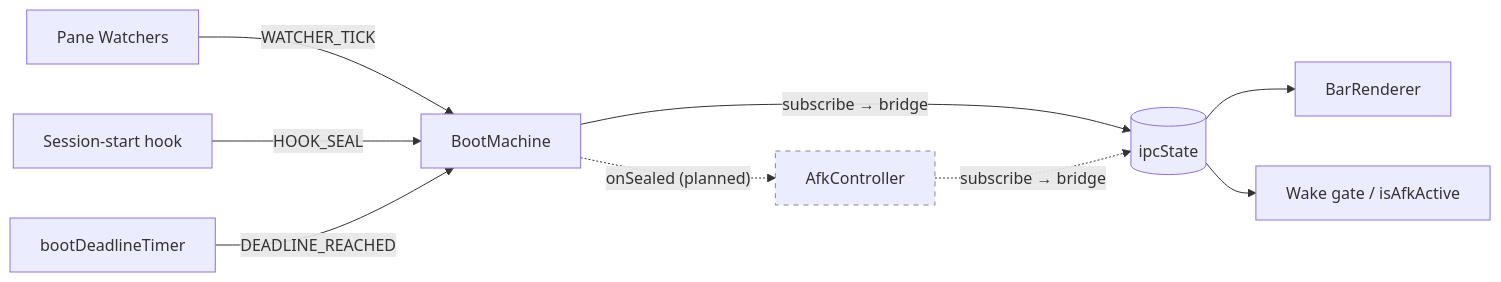
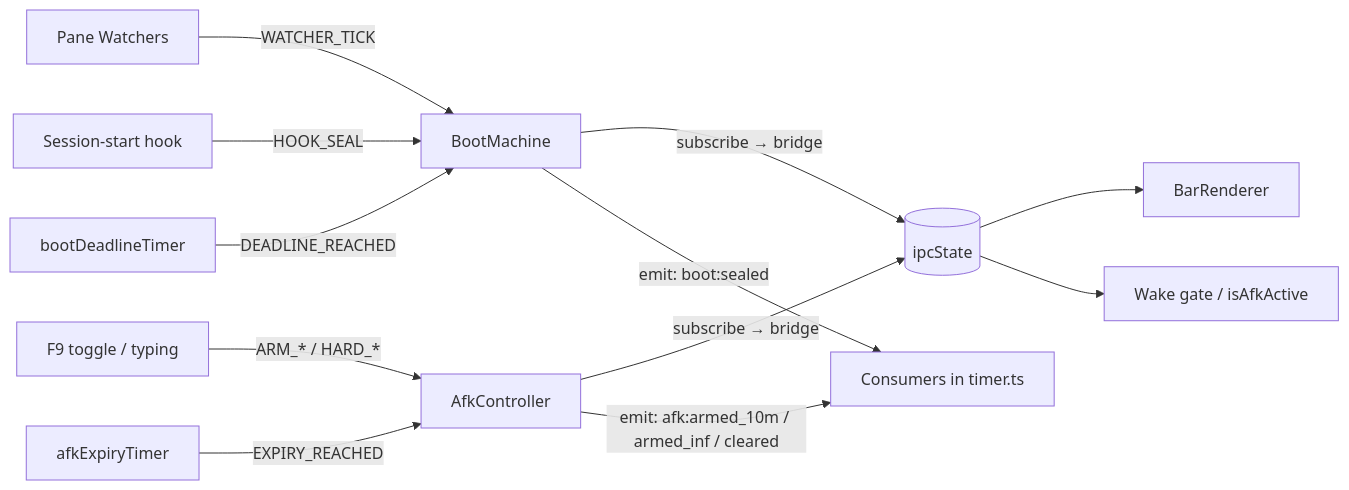
The diagram in docs/SM-NETWORK.md (quazardous/aiball), drawn with Mermaid before and after one commit. The commit also changed other lines of this file, not shown here.

First line of the commit message:
docs(#877 Slice C): codifier convention emit `<controller>:<event_name>` + AfkController shipped

````diff
--- a/docs/SM-NETWORK.md
+++ b/docs/SM-NETWORK.md
@@ -29,14 +29,14 @@
 ```mermaid
 graph LR
   Watchers[Pane Watchers] -- "WATCHER_TICK" --> Boot[BootMachine]
   Hooks[Session-start hook] -- "HOOK_SEAL" --> Boot
   Pump[bootDeadlineTimer] -- "DEADLINE_REACHED" --> Boot
   Boot -- "subscribe → bridge" --> Ipc[(ipcState)]
-  Boot -. "onSealed (planned)" .-> Afk[AfkController]
-  Afk -. "subscribe → bridge" .-> Ipc
+  F9[F9 toggle / typing] -- "ARM_* / HARD_*" --> Afk[AfkController]
+  AfkPump[afkExpiryTimer] -- "EXPIRY_REACHED" --> Afk
+  Afk -- "subscribe → bridge" --> Ipc
+  Afk -- "emit: afk:armed_10m / armed_inf / cleared" --> Consumers
+  Boot -- "emit: boot:sealed" --> Consumers[Consumers in timer.ts]
   Ipc --> BarRenderer
   Ipc --> WakeGate[Wake gate / isAfkActive]
-
-  classDef planned stroke-dasharray: 5 5,stroke:#888
-  class Afk planned
 ```
````
